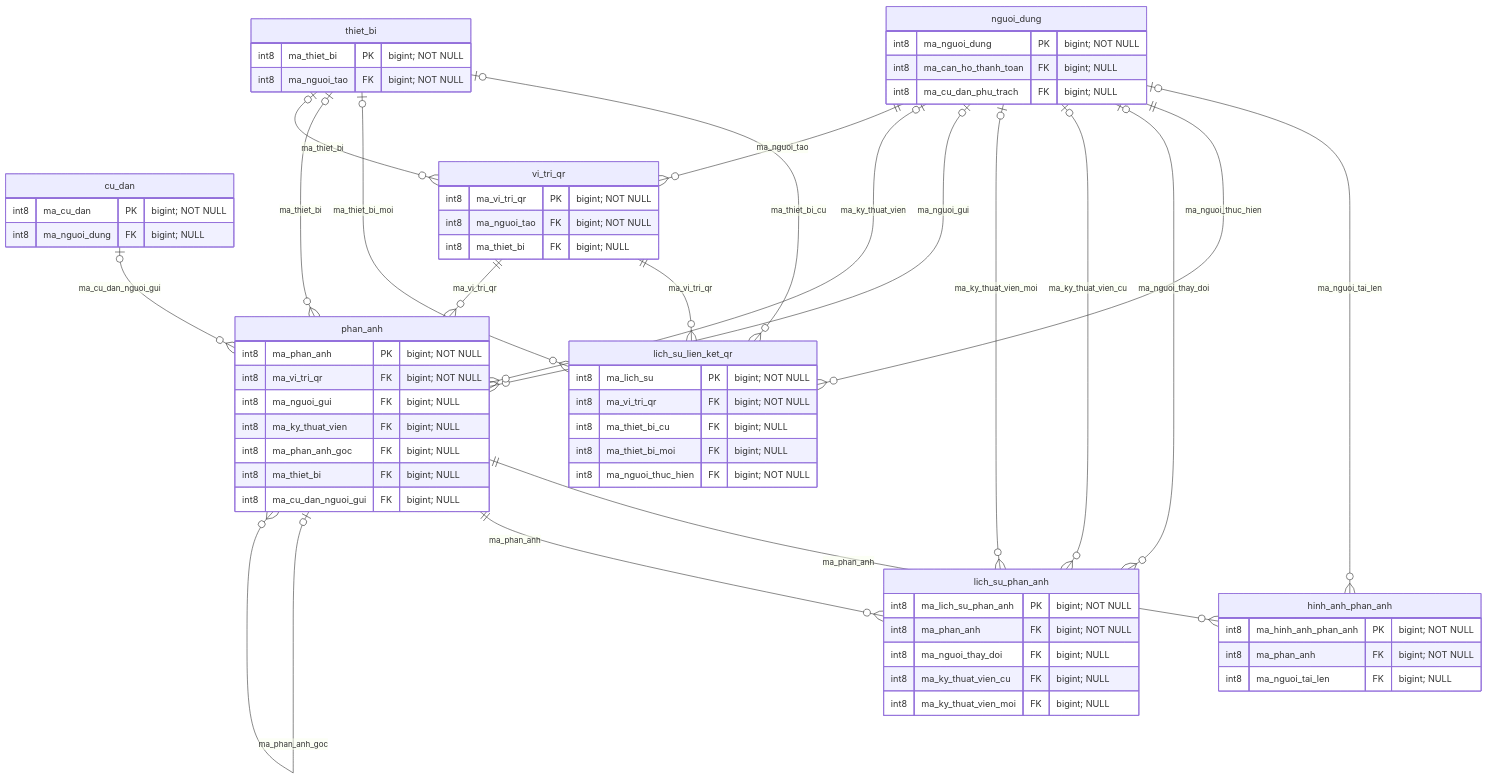
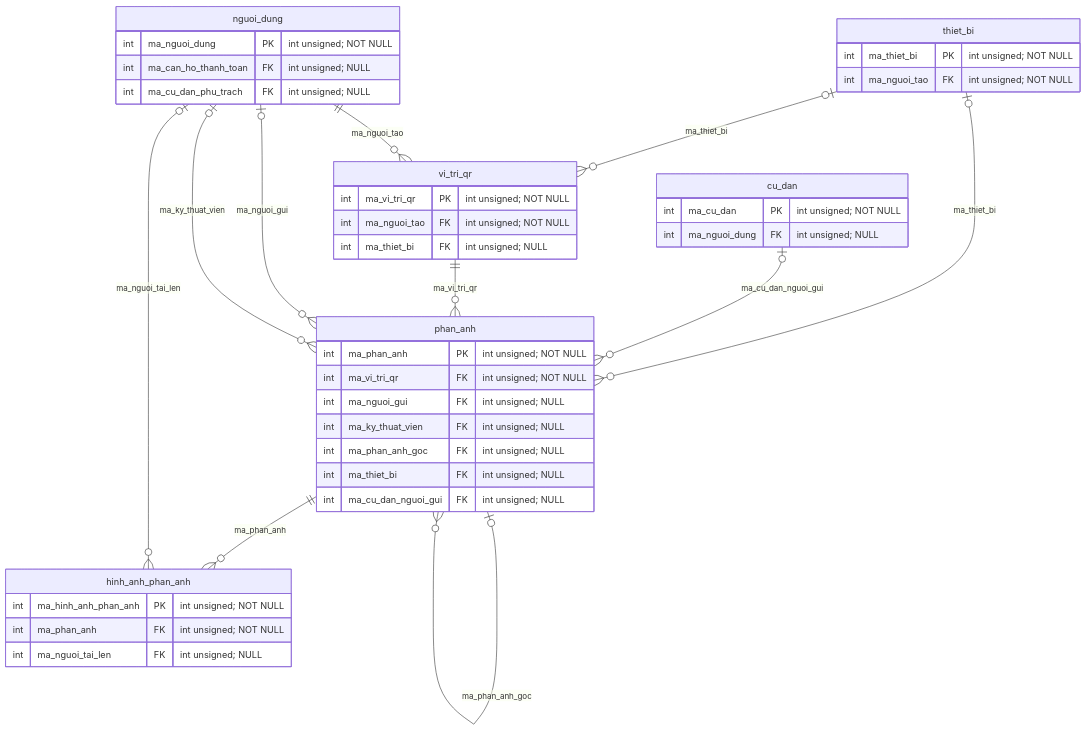
Before and after one commit to tunato2807-del/chung-cu-starter: the second of 4 diagrams in docs/bao-cao/erd-phan-he.md, drawn with Mermaid. The commit also changed other lines of this file and 123 other files, not shown here.

Commit message:
Rebuild thesis MySQL schema while preserving all workflows

````diff
--- a/docs/bao-cao/erd-phan-he.md
+++ b/docs/bao-cao/erd-phan-he.md
@@ -74,67 +67,45 @@
 ```mermaid
 erDiagram
   cu_dan {
-    int8 ma_cu_dan PK "bigint; NOT NULL"
-    int8 ma_nguoi_dung FK "bigint; NULL"
+    int ma_cu_dan PK "int unsigned; NOT NULL"
+    int ma_nguoi_dung FK "int unsigned; NULL"
   }
   hinh_anh_phan_anh {
-    int8 ma_hinh_anh_phan_anh PK "bigint; NOT NULL"
-    int8 ma_phan_anh FK "bigint; NOT NULL"
-    int8 ma_nguoi_tai_len FK "bigint; NULL"
-  }
-  lich_su_lien_ket_qr {
-    int8 ma_lich_su PK "bigint; NOT NULL"
-    int8 ma_vi_tri_qr FK "bigint; NOT NULL"
-    int8 ma_thiet_bi_cu FK "bigint; NULL"
-    int8 ma_thiet_bi_moi FK "bigint; NULL"
-    int8 ma_nguoi_thuc_hien FK "bigint; NOT NULL"
-  }
-  lich_su_phan_anh {
-    int8 ma_lich_su_phan_anh PK "bigint; NOT NULL"
-    int8 ma_phan_anh FK "bigint; NOT NULL"
-    int8 ma_nguoi_thay_doi FK "bigint; NULL"
-    int8 ma_ky_thuat_vien_cu FK "bigint; NULL"
-    int8 ma_ky_thuat_vien_moi FK "bigint; NULL"
+    int ma_hinh_anh_phan_anh PK "int unsigned; NOT NULL"
+    int ma_phan_anh FK "int unsigned; NOT NULL"
+    int ma_nguoi_tai_len FK "int unsigned; NULL"
   }
   nguoi_dung {
-    int8 ma_nguoi_dung PK "bigint; NOT NULL"
-    int8 ma_can_ho_thanh_toan FK "bigint; NULL"
-    int8 ma_cu_dan_phu_trach FK "bigint; NULL"
+    int ma_nguoi_dung PK "int unsigned; NOT NULL"
+    int ma_can_ho_thanh_toan FK "int unsigned; NULL"
+    int ma_cu_dan_phu_trach FK "int unsigned; NULL"
   }
   phan_anh {
-    int8 ma_phan_anh PK "bigint; NOT NULL"
-    int8 ma_vi_tri_qr FK "bigint; NOT NULL"
-    int8 ma_nguoi_gui FK "bigint; NULL"
-    int8 ma_ky_thuat_vien FK "bigint; NULL"
-    int8 ma_phan_anh_goc FK "bigint; NULL"
-    int8 ma_thiet_bi FK "bigint; NULL"
-    int8 ma_cu_dan_nguoi_gui FK "bigint; NULL"
+    int ma_phan_anh PK "int unsigned; NOT NULL"
+    int ma_vi_tri_qr FK "int unsigned; NOT NULL"
+    int ma_nguoi_gui FK "int unsigned; NULL"
+    int ma_ky_thuat_vien FK "int unsigned; NULL"
+    int ma_phan_anh_goc FK "int unsigned; NULL"
+    int ma_thiet_bi FK "int unsigned; NULL"
+    int ma_cu_dan_nguoi_gui FK "int unsigned; NULL"
   }
   thiet_bi {
-    int8 ma_thiet_bi PK "bigint; NOT NULL"
-    int8 ma_nguoi_tao FK "bigint; NOT NULL"
+    int ma_thiet_bi PK "int unsigned; NOT NULL"
+    int ma_nguoi_tao FK "int unsigned; NOT NULL"
   }
   vi_tri_qr {
-    int8 ma_vi_tri_qr PK "bigint; NOT NULL"
-    int8 ma_nguoi_tao FK "bigint; NOT NULL"
-    int8 ma_thiet_bi FK "bigint; NULL"
+    int ma_vi_tri_qr PK "int unsigned; NOT NULL"
+    int ma_nguoi_tao FK "int unsigned; NOT NULL"
+    int ma_thiet_bi FK "int unsigned; NULL"
   }
   phan_anh ||--o{ hinh_anh_phan_anh : "ma_phan_anh"
   nguoi_dung o|--o{ hinh_anh_phan_anh : "ma_nguoi_tai_len"
-  vi_tri_qr ||--o{ lich_su_lien_ket_qr : "ma_vi_tri_qr"
-  thiet_bi o|--o{ lich_su_lien_ket_qr : "ma_thiet_bi_cu"
-  thiet_bi o|--o{ lich_su_lien_ket_qr : "ma_thiet_bi_moi"
-  nguoi_dung ||--o{ lich_su_lien_ket_qr : "ma_nguoi_thuc_hien"
-  phan_anh ||--o{ lich_su_phan_anh : "ma_phan_anh"
-  nguoi_dung o|--o{ lich_su_phan_anh : "ma_nguoi_thay_doi"
-  nguoi_dung o|--o{ lich_su_phan_anh : "ma_ky_thuat_vien_cu"
-  nguoi_dung o|--o{ lich_su_phan_anh : "ma_ky_thuat_vien_moi"
   thiet_bi o|--o{ phan_anh : "ma_thiet_bi"
   cu_dan o|--o{ phan_anh : "ma_cu_dan_nguoi_gui"
   vi_tri_qr ||--o{ phan_anh : "ma_vi_tri_qr"
   nguoi_dung o|--o{ phan_anh : "ma_nguoi_gui"
   nguoi_dung o|--o{ phan_anh : "ma_ky_thuat_vien"
   phan_anh o|--o{ phan_anh : "ma_phan_anh_goc"
   thiet_bi o|--o{ vi_tri_qr : "ma_thiet_bi"
   nguoi_dung ||--o{ vi_tri_qr : "ma_nguoi_tao"
 ```
````
